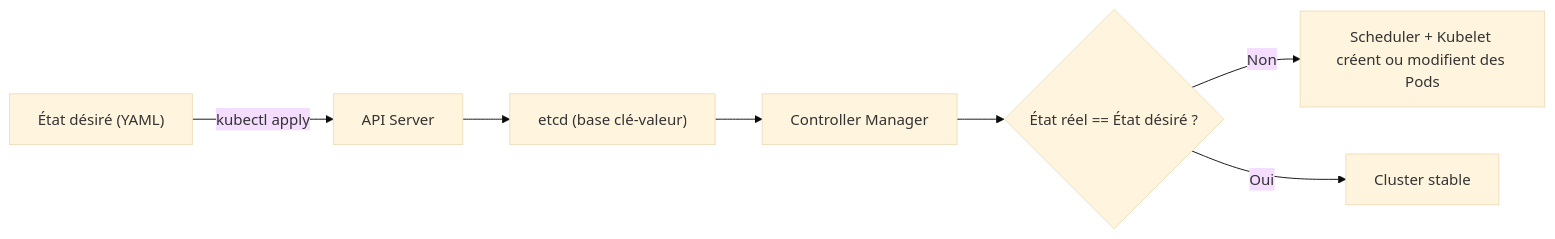
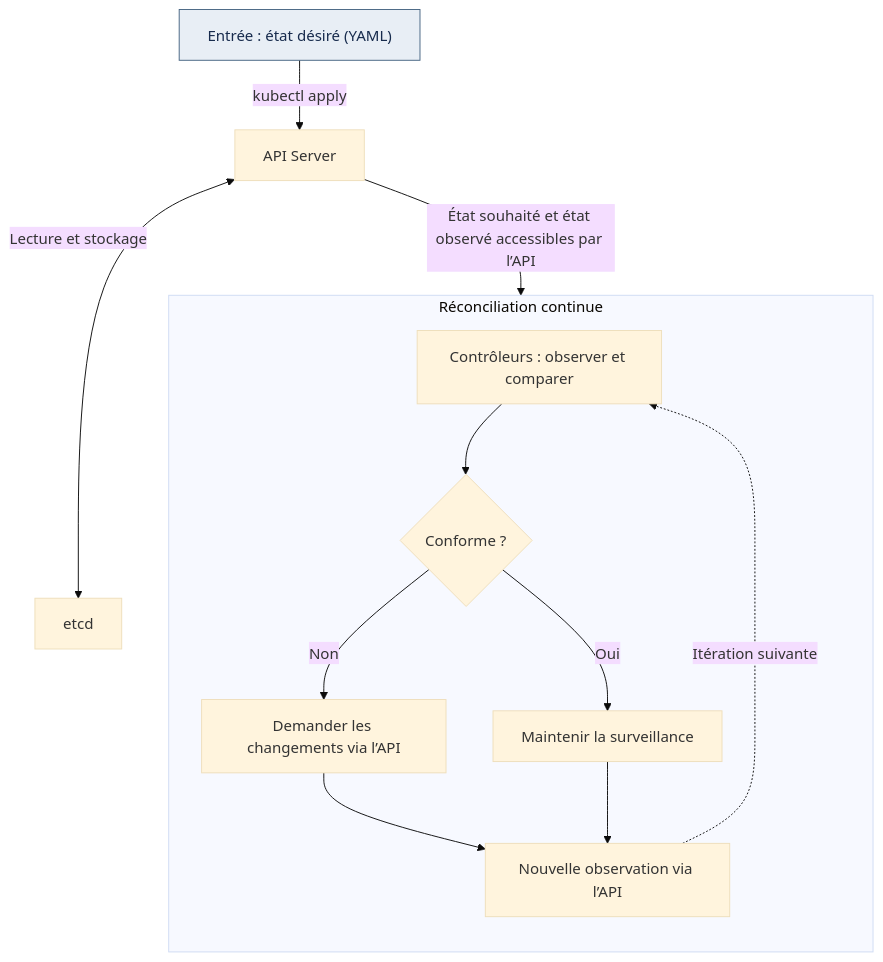
The first of 9 diagrams in CM2.md (sountrust/MICSI_A4), drawn with Mermaid (base theme) before and after one commit. The commit also changed other lines of this file, not shown here.

Commit message:
Reprise finale du CM2 pour améliorer la compréhension de l'ingress et de l'egress Ajout des schémas sur type et raison d'un cluster "environnement et iac" Suppression des redites

````diff
--- a/CM2.md
+++ b/CM2.md
@@ -71,9 +76,19 @@
 ```mermaid
-flowchart LR
-    A["État désiré (YAML)"] -->|kubectl apply| B["API Server"]
-    B --> C["etcd (base clé-valeur)"]
-    C --> D["Controller Manager"]
-    D --> E{"État réel == État désiré ?"}
-    E -->|Non| F["Scheduler + Kubelet créent ou modifient des Pods"]
-    E -->|Oui| G["Cluster stable"]
+flowchart TB
+    A["Entrée : état désiré (YAML)"] -->|"kubectl apply"| B["API Server"]
+    B <-->|"Lecture et stockage"| C["etcd"]
+    B -->|"État souhaité et état observé accessibles par l’API"| LOOP
+
+    subgraph LOOP["Réconciliation continue"]
+      direction TB
+      D["Contrôleurs : observer et comparer"] --> E{"Conforme ?"}
+      E -->|"Non"| F["Demander les changements via l’API"]
+      E -->|"Oui"| G["Maintenir la surveillance"]
+      F --> H["Nouvelle observation via l’API"]
+      G --> H
+      H -.->|"Itération suivante"| D
+    end
+
+    classDef entree fill:#e8eef5,stroke:#466482,color:#172b4d;
+    class A entree;
 ```
````
